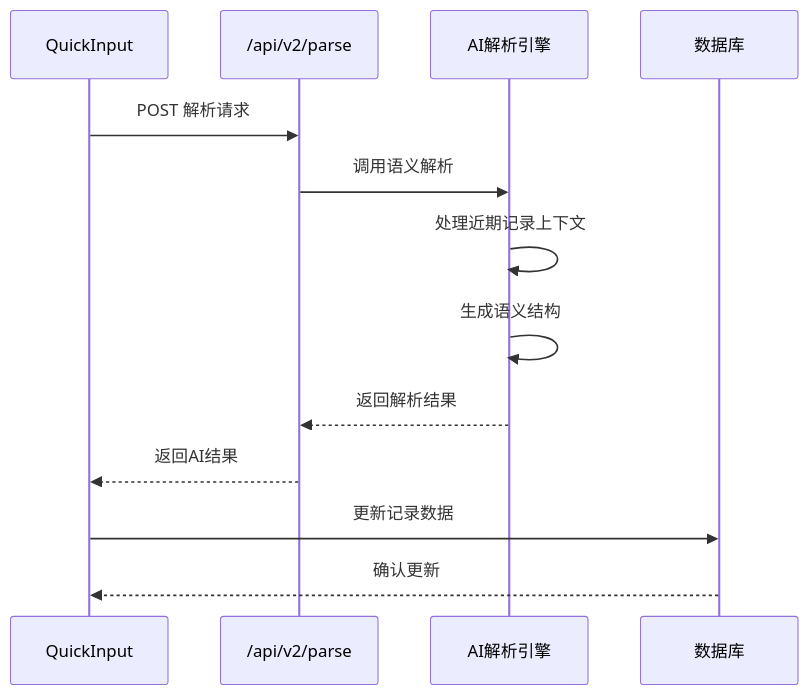
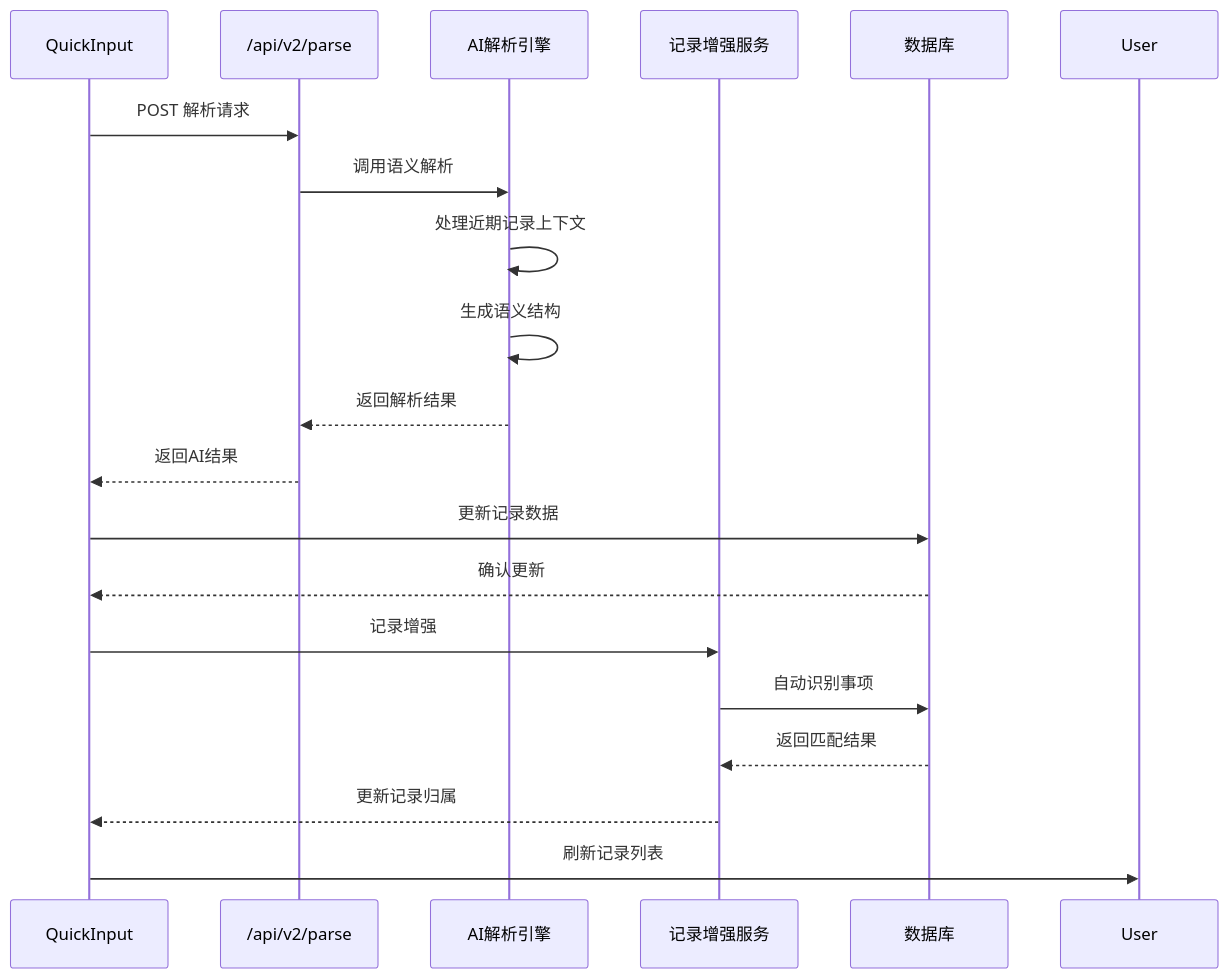
Before and after one commit to bbong1234/TETO: the fourth of 7 diagrams in .qoder/repowiki/zh/content/核心功能模块/记录管理系统/记录录入功能.md, drawn with Mermaid. The commit also changed other lines of this file and 134 other files, not shown here.

````diff
--- a/.qoder/repowiki/zh/content/核心功能模块/记录管理系统/记录录入功能.md
+++ b/.qoder/repowiki/zh/content/核心功能模块/记录管理系统/记录录入功能.md
@@ -213,15 +251,21 @@
 ```mermaid
 sequenceDiagram
 participant QuickInput as QuickInput
 participant ParseAPI as /api/v2/parse
 participant AISemantic as AI解析引擎
+participant EnhanceAI as 记录增强服务
 participant DB as 数据库
 QuickInput->>ParseAPI : POST 解析请求
 ParseAPI->>AISemantic : 调用语义解析
 AISemantic->>AISemantic : 处理近期记录上下文
 AISemantic->>AISemantic : 生成语义结构
 AISemantic-->>ParseAPI : 返回解析结果
 ParseAPI-->>QuickInput : 返回AI结果
 QuickInput->>DB : 更新记录数据
 DB-->>QuickInput : 确认更新
+QuickInput->>EnhanceAI : 记录增强
+EnhanceAI->>DB : 自动识别事项
+DB-->>EnhanceAI : 返回匹配结果
+EnhanceAI-->>QuickInput : 更新记录归属
+QuickInput->>User : 刷新记录列表
 ```
````
